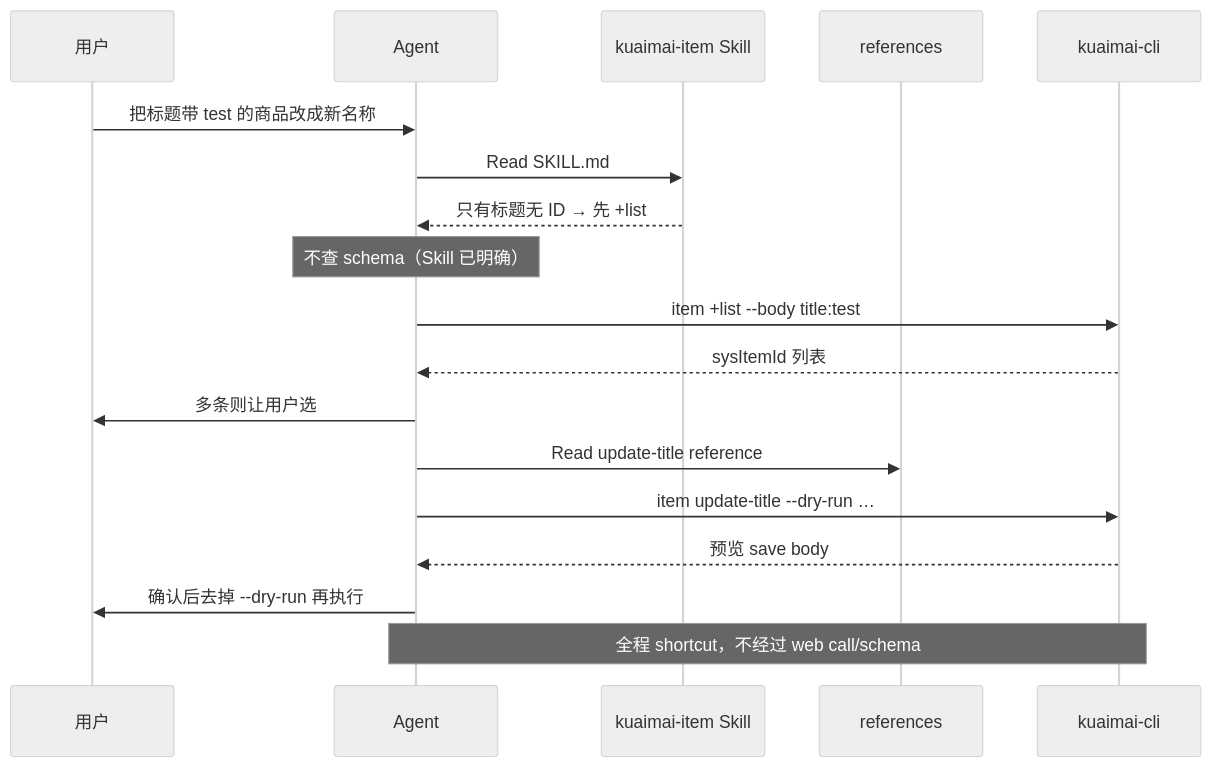
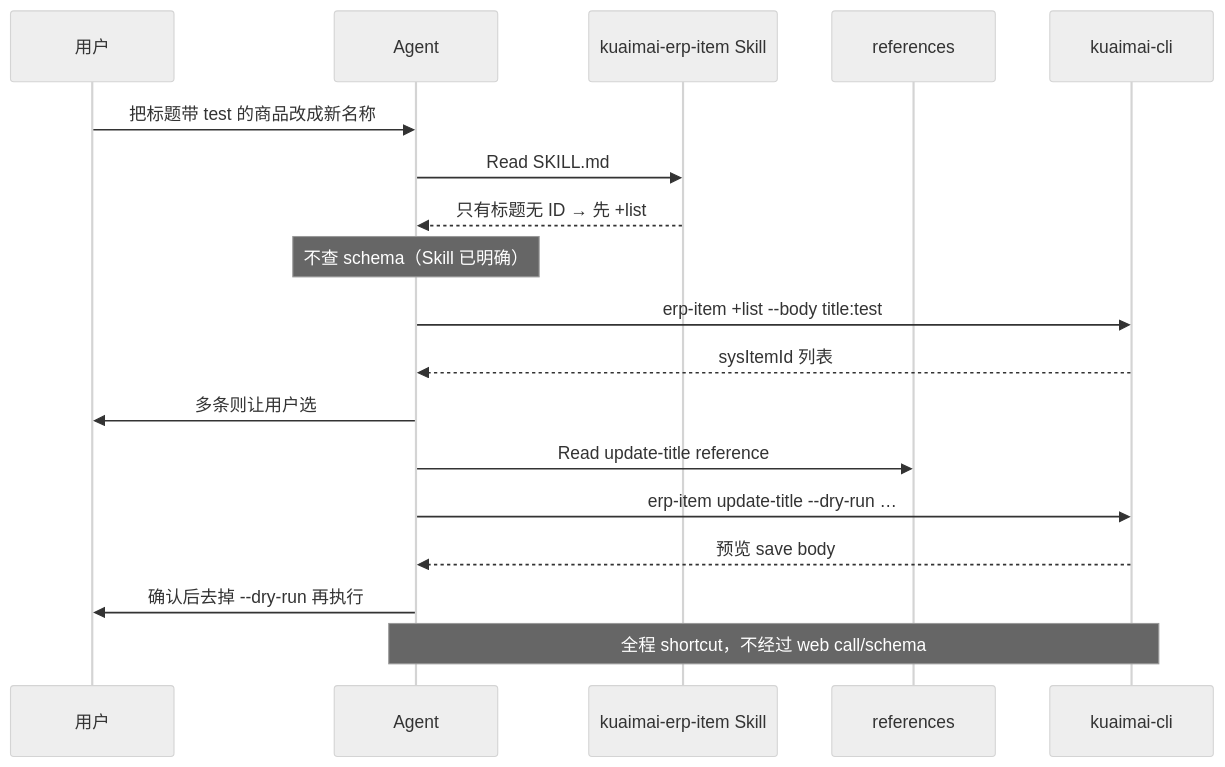
The fifth of 5 diagrams in docs/Agent命令选型与schema流程.md (kuaimai-cli/kuaimai-cli), drawn with Mermaid (neutral theme) before and after one commit. The commit also changed other lines of this file and 46 other files, not shown here.

````diff
--- a/docs/Agent命令选型与schema流程.md
+++ b/docs/Agent命令选型与schema流程.md
@@ -239,24 +239,24 @@
 ```mermaid
 sequenceDiagram
   participant U as 用户
   participant A as Agent
-  participant SK as kuaimai-item Skill
+  participant SK as kuaimai-erp-item Skill
   participant RF as references
   participant CLI as kuaimai-cli
 
   U->>A: 把标题带 test 的商品改成新名称
   A->>SK: Read SKILL.md
   SK-->>A: 只有标题无 ID → 先 +list
   Note over A: 不查 schema（Skill 已明确）
 
-  A->>CLI: item +list --body title:test
+  A->>CLI: erp-item +list --body title:test
   CLI-->>A: sysItemId 列表
   A->>U: 多条则让用户选
 
   A->>RF: Read update-title reference
-  A->>CLI: item update-title --dry-run …
+  A->>CLI: erp-item update-title --dry-run …
   CLI-->>A: 预览 save body
   A->>U: 确认后去掉 --dry-run 再执行
 
   Note over A,CLI: 全程 shortcut，不经过 web call/schema
 ```
````
